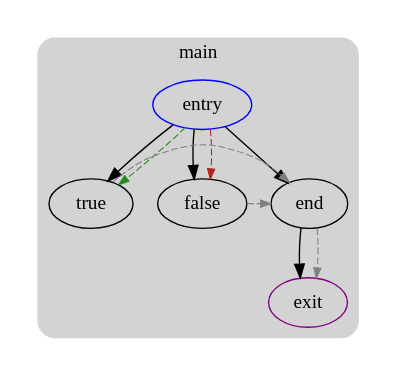
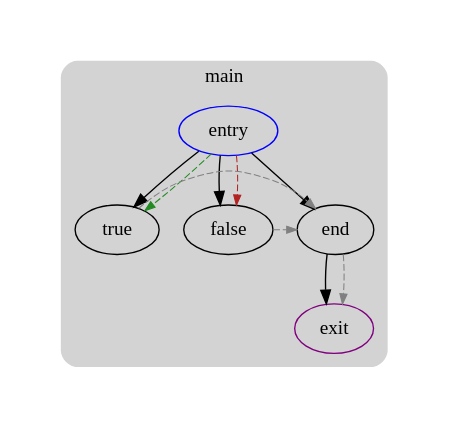
Before and after one commit to UnsignedByte/6120: the diagram in playground/branch.domtree.dot, drawn with Graphviz. The commit also changed 76 other files, not shown here.

Commit message:
add margin around graphs

```diff
--- a/playground/branch.domtree.dot
+++ b/playground/branch.domtree.dot
@@ -1,26 +1,32 @@
 digraph G {
   compound=true
   subgraph cluster_ {
     peripheries=0
-    subgraph cluster_0 {
-      label="main"
-      color=darkgray
-      style=rounded
-      bgcolor=lightgray
-      cluster_0_0[label="entry",shape=oval,color=blue,rank=source]
-      cluster_0_1[label="true",shape=oval]
-      cluster_0_2[label="false",shape=oval]
-      cluster_0_3[label="end",shape=oval]
-      cluster_0_exit[label=exit,color=purple,rank=sink]
-      cluster_0_0 -> cluster_0_1 [color=black]
-      cluster_0_0 -> cluster_0_2 [color=black]
-      cluster_0_0 -> cluster_0_3 [color=black]
-      cluster_0_3 -> cluster_0_exit [color=black]
-      cluster_0_0 -> cluster_0_1 [color=forestgreen,style=dashed,constraint=false,penwidth=0.75,arrowsize=0.75]
-      cluster_0_0 -> cluster_0_2 [color=firebrick,style=dashed,constraint=false,penwidth=0.75,arrowsize=0.75]
-      cluster_0_1 -> cluster_0_3 [color=gray,style=dashed,constraint=false,penwidth=0.75,arrowsize=0.75]
-      cluster_0_2 -> cluster_0_3 [color=gray,style=dashed,constraint=false,penwidth=0.75,arrowsize=0.75]
-      cluster_0_3 -> cluster_0_exit [color=gray,style=dashed,constraint=false,penwidth=0.75,arrowsize=0.75]
+    margin=10
+    subgraph cluster_0_wrapper {
+      peripheries=0
+      margin=15
+      subgraph cluster_0 {
+        label="main"
+        color=darkgray
+        style=rounded
+        bgcolor=lightgray
+        margin=10
+        cluster_0_0[label="entry",shape=oval,color=blue,rank=source]
+        cluster_0_1[label="true",shape=oval]
+        cluster_0_2[label="false",shape=oval]
+        cluster_0_3[label="end",shape=oval]
+        cluster_0_exit[label=exit,color=purple,rank=sink]
+        cluster_0_0 -> cluster_0_1 [color=black]
+        cluster_0_0 -> cluster_0_2 [color=black]
+        cluster_0_0 -> cluster_0_3 [color=black]
+        cluster_0_3 -> cluster_0_exit [color=black]
+        cluster_0_0 -> cluster_0_1 [color=forestgreen,style=dashed,constraint=false,penwidth=0.75,arrowsize=0.75]
+        cluster_0_0 -> cluster_0_2 [color=firebrick,style=dashed,constraint=false,penwidth=0.75,arrowsize=0.75]
+        cluster_0_1 -> cluster_0_3 [color=gray,style=dashed,constraint=false,penwidth=0.75,arrowsize=0.75]
+        cluster_0_2 -> cluster_0_3 [color=gray,style=dashed,constraint=false,penwidth=0.75,arrowsize=0.75]
+        cluster_0_3 -> cluster_0_exit [color=gray,style=dashed,constraint=false,penwidth=0.75,arrowsize=0.75]
+      }
     }
   }
 }
```
